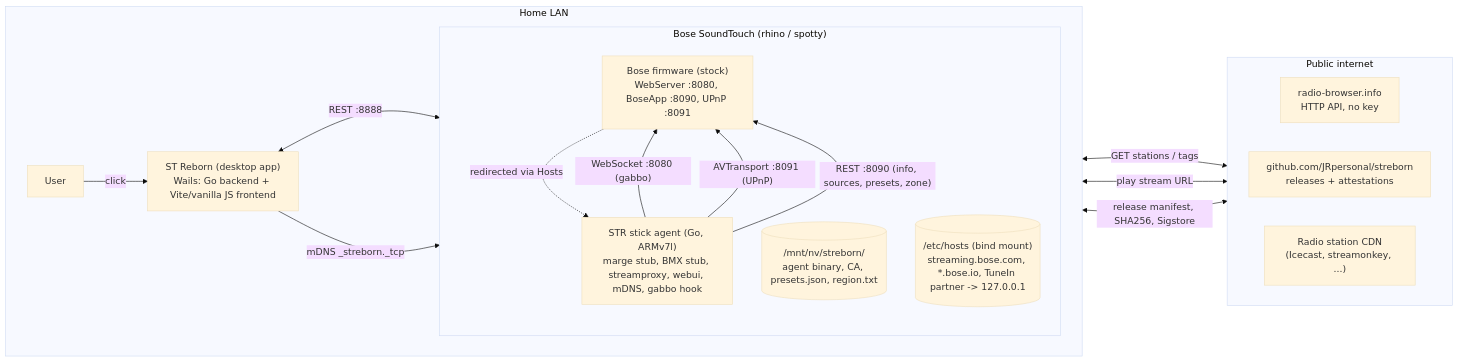
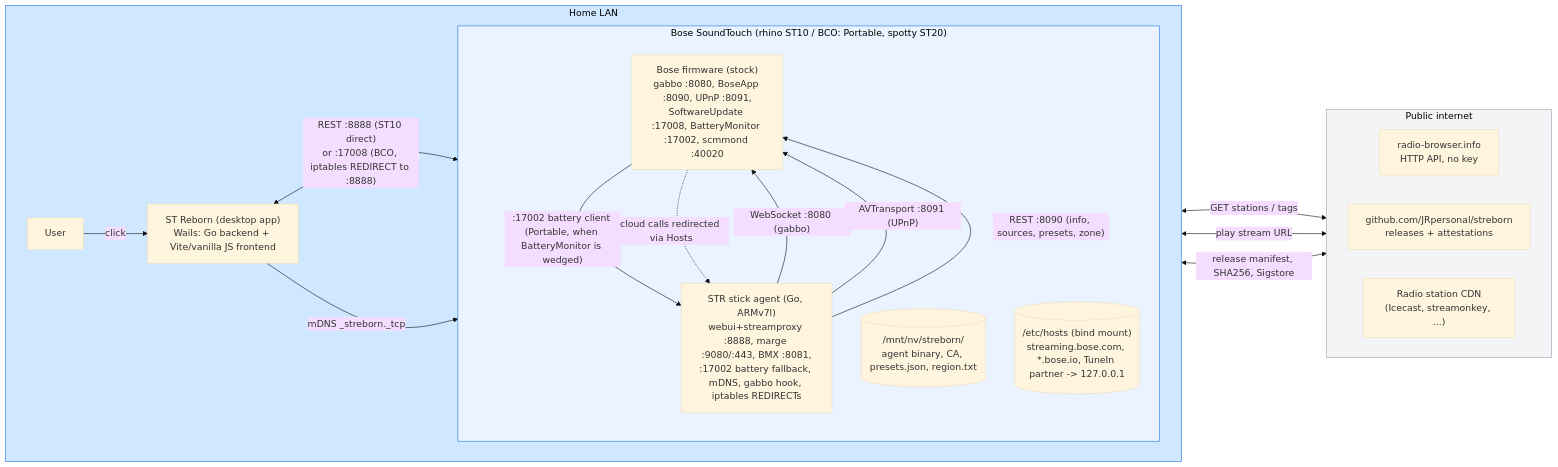
One commit to JRpersonal/streborn changed the first of 8 diagrams in docs/ARCHITECTURE.md. Above: the diagram before and after it, drawn with Mermaid (base theme). The commit also changed other lines of this file, not shown here.

First line of the commit message:
docs(architecture): correct the port topology and colour the LAN area

````diff
--- a/docs/ARCHITECTURE.md
+++ b/docs/ARCHITECTURE.md
@@ -11,34 +11,39 @@
 ```mermaid
 flowchart LR
   subgraph Home["Home LAN"]
     direction LR
     User["User"]
     Desktop["ST Reborn (desktop app)<br/>Wails: Go backend + Vite/vanilla JS frontend"]
 
-    subgraph Speaker["Bose SoundTouch (rhino / spotty)"]
+    subgraph Speaker["Bose SoundTouch (rhino ST10 / BCO: Portable, spotty ST20)"]
       direction TB
-      BoseFW["Bose firmware (stock)<br/>WebServer :8080, BoseApp :8090, UPnP :8091"]
-      Agent["STR stick agent (Go, ARMv7l)<br/>marge stub, BMX stub, streamproxy, webui, mDNS, gabbo hook"]
+      BoseFW["Bose firmware (stock)<br/>gabbo :8080, BoseApp :8090, UPnP :8091,<br/>SoftwareUpdate :17008, BatteryMonitor :17002, scmmond :40020"]
+      Agent["STR stick agent (Go, ARMv7l)<br/>webui+streamproxy :8888, marge :9080/:443, BMX :8081,<br/>:17002 battery fallback, mDNS, gabbo hook, iptables REDIRECTs"]
       NAND[("/mnt/nv/streborn/<br/>agent binary, CA, presets.json, region.txt")]
       Hosts[("/etc/hosts (bind mount)<br/>streaming.bose.com, *.bose.io, TuneIn partner -> 127.0.0.1")]
     end
   end
 
   subgraph External["Public internet"]
     direction LR
     RadioBrowser["radio-browser.info<br/>HTTP API, no key"]
     GitHubRel["github.com/JRpersonal/streborn<br/>releases + attestations"]
     UpstreamCDN["Radio station CDN<br/>(Icecast, streamonkey, ...)"]
   end
 
   User -- click --> Desktop
-  Desktop <-- "REST :8888" --> Agent
+  Desktop <-- "REST :8888 (ST10 direct)<br/>or :17008 (BCO, iptables REDIRECT to :8888)" --> Agent
   Desktop -- "mDNS _streborn._tcp" --> Agent
   Agent -- "WebSocket :8080 (gabbo)" --> BoseFW
   Agent -- "AVTransport :8091 (UPnP)" --> BoseFW
   Agent -- "REST :8090 (info, sources, presets, zone)" --> BoseFW
-  BoseFW -. "redirected via Hosts" .-> Agent
+  BoseFW -- ":17002 battery client (Portable, when BatteryMonitor is wedged)" --> Agent
+  BoseFW -. "cloud calls redirected via Hosts" .-> Agent
   Agent <-- "GET stations / tags" --> RadioBrowser
   BoseFW <-- "play stream URL" --> UpstreamCDN
   Desktop <-- "release manifest, SHA256, Sigstore" --> GitHubRel
+
+  style Home fill:#cfe8ff,stroke:#1f6feb,color:#000
+  style Speaker fill:#eaf3ff,stroke:#1f6feb,color:#000
+  style External fill:#f3f4f6,stroke:#9ca3af,color:#000
 ```
````
